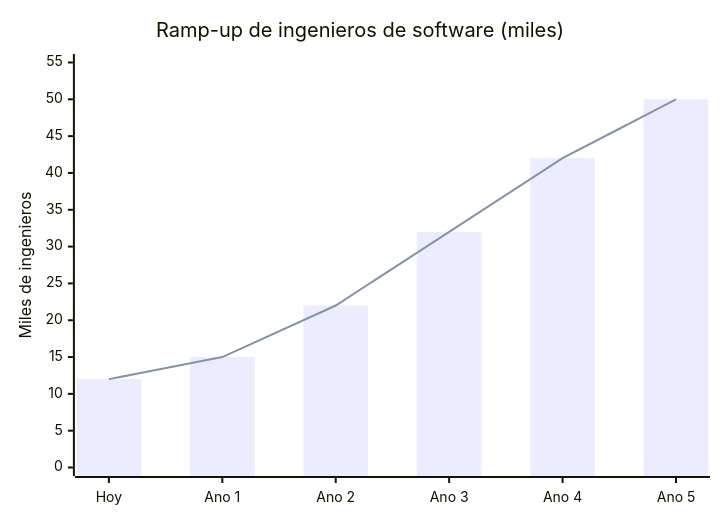
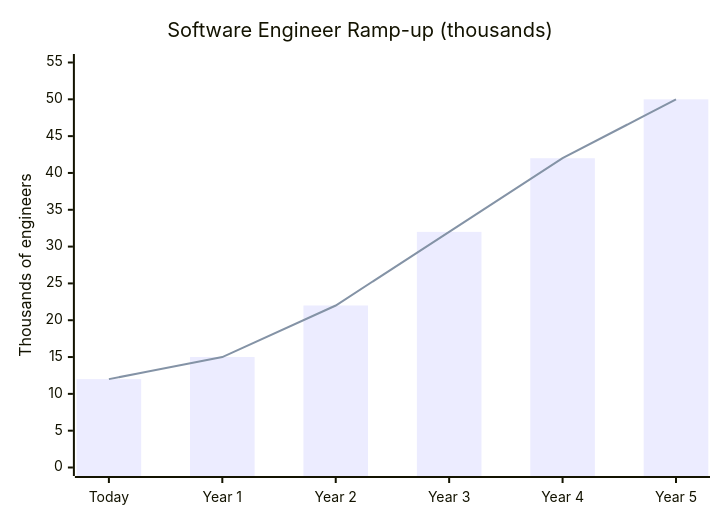
Before and after one commit to Venezuela-S-A/venezuela-sa: the third of 3 diagrams in i18n/en/docusaurus-plugin-content-docs/current/05-transformacion/capital-humano.md, drawn with Mermaid. The commit also changed other lines of this file and 127 other files, not shown here.

````diff
--- a/i18n/en/docusaurus-plugin-content-docs/current/05-transformacion/capital-humano.md
+++ b/i18n/en/docusaurus-plugin-content-docs/current/05-transformacion/capital-humano.md
@@ -176,8 +176,8 @@
 ```mermaid
 xychart-beta
-    title "Ramp-up de ingenieros de software (miles)"
-    x-axis ["Hoy", "Ano 1", "Ano 2", "Ano 3", "Ano 4", "Ano 5"]
-    y-axis "Miles de ingenieros" 0 --> 55
+    title "Software Engineer Ramp-up (thousands)"
+    x-axis ["Today", "Year 1", "Year 2", "Year 3", "Year 4", "Year 5"]
+    y-axis "Thousands of engineers" 0 --> 55
     bar [12, 15, 22, 32, 42, 50]
     line [12, 15, 22, 32, 42, 50]
 ```
````
